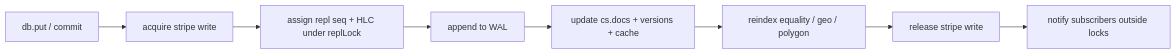
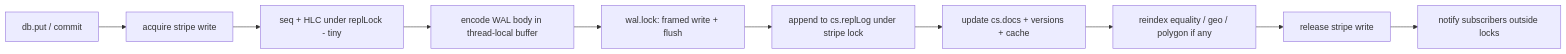
Before and after one commit to oshaulz/glen: the third of 4 diagrams in docs/architecture.md, drawn with Mermaid. The commit also changed other lines of this file and 9 other files, not shown here.

````diff
--- a/docs/architecture.md
+++ b/docs/architecture.md
@@ -78,10 +86,12 @@
 ```mermaid
 graph LR
   W[db.put / commit] --> Lock[acquire stripe write]
-  Lock --> Repl[assign repl seq + HLC under replLock]
-  Repl --> WAL[append to WAL]
-  WAL --> Apply[update cs.docs + versions + cache]
-  Apply --> Idx[reindex equality / geo / polygon]
+  Lock --> Repl[seq + HLC under replLock - tiny]
+  Repl --> Encode[encode WAL body in thread-local buffer]
+  Encode --> WAL[wal.lock: framed write + flush]
+  WAL --> RLog[append to cs.replLog under stripe lock]
+  RLog --> Apply[update cs.docs + versions + cache]
+  Apply --> Idx[reindex equality / geo / polygon if any]
   Idx --> Unlock[release stripe write]
   Unlock --> Notify[notify subscribers outside locks]
 ```
````
